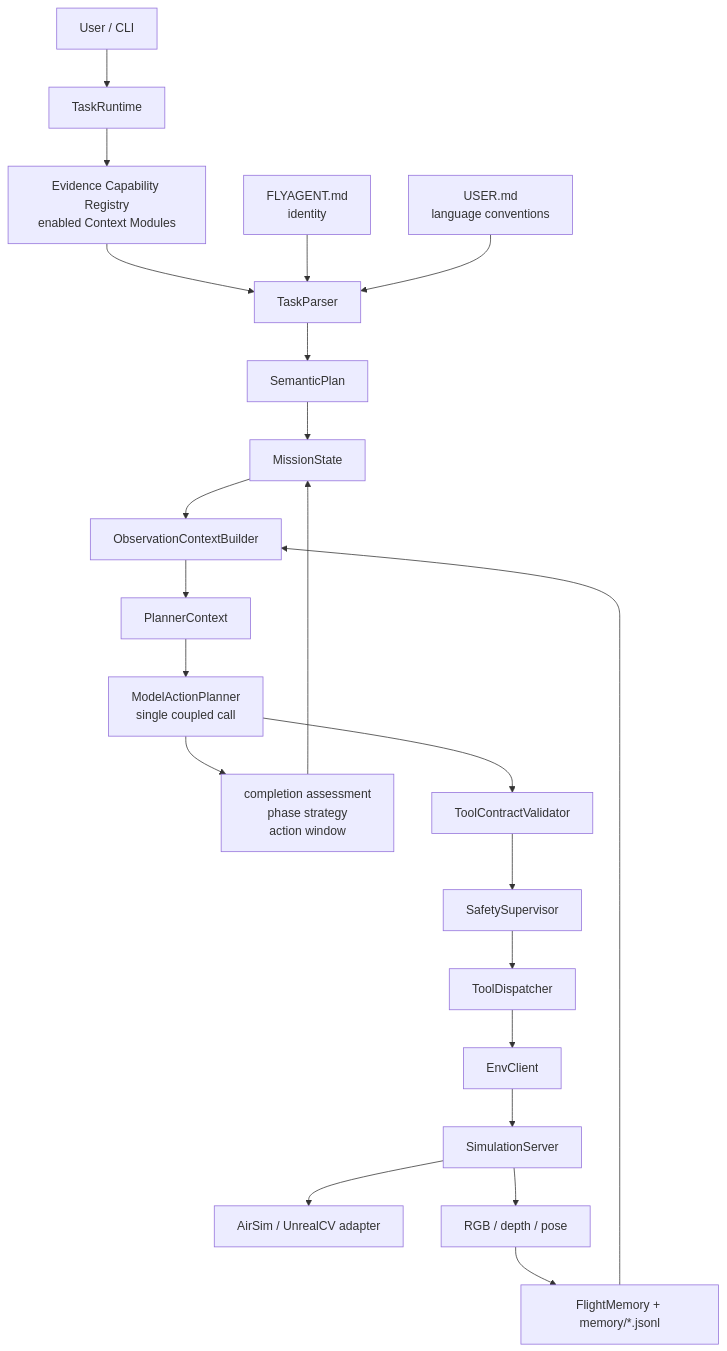
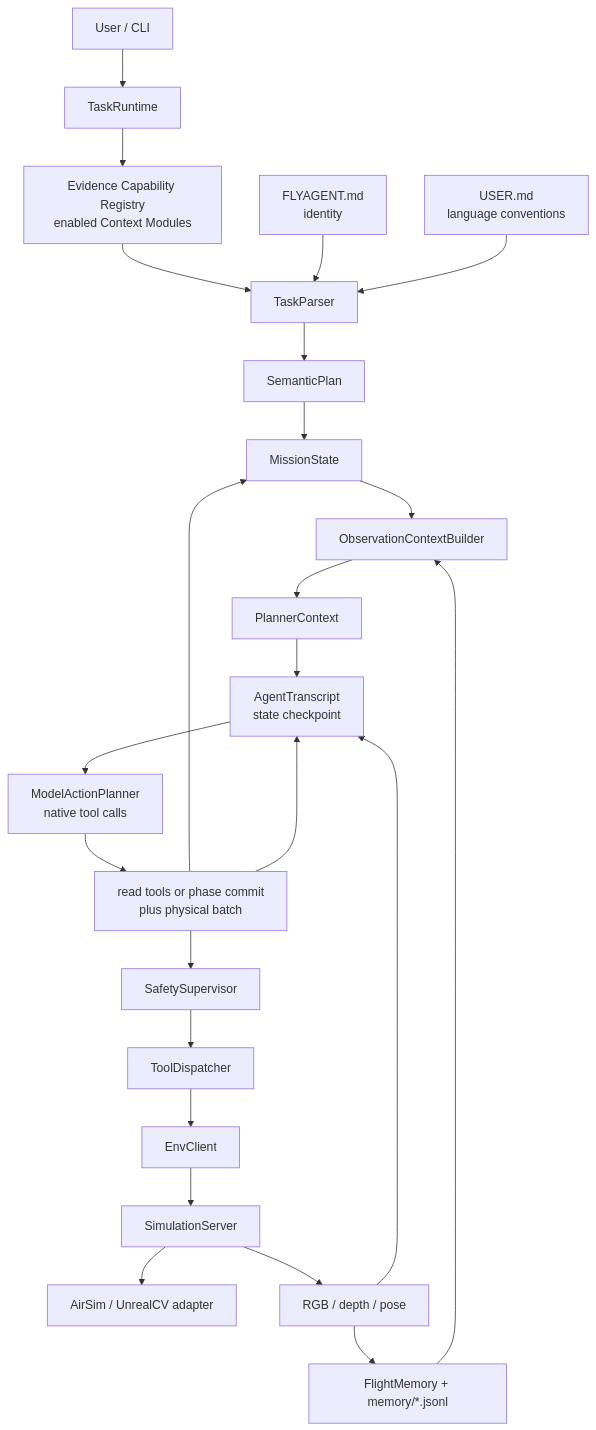
One commit to LZ6years/AeroPilot changed the first of 3 diagrams in docs/architecture.md. Above: the diagram before and after it, drawn with Mermaid. The commit also changed other lines of this file and 59 other files, not shown here.

````diff
--- a/docs/architecture.md
+++ b/docs/architecture.md
@@ -9,24 +9,26 @@
 ```mermaid
 flowchart TD
     U["User / CLI"] --> RT["TaskRuntime"]
     RT --> REG["Evidence Capability Registry<br/>enabled Context Modules"]
     REG --> TP["TaskParser"]
     ID["FLYAGENT.md<br/>identity"] --> TP
     LANG["USER.md<br/>language conventions"] --> TP
     TP --> SP["SemanticPlan"]
     SP --> MS["MissionState"]
     MS --> CB["ObservationContextBuilder"]
     CB --> PC["PlannerContext"]
-    PC --> MAP["ModelActionPlanner<br/>single coupled call"]
-    MAP --> DEC["completion assessment<br/>phase strategy<br/>action window"]
+    PC --> TR["AgentTranscript<br/>state checkpoint"]
+    TR --> MAP["ModelActionPlanner<br/>native tool calls"]
+    MAP --> DEC["read tools or phase commit<br/>plus physical batch"]
     DEC --> MS
-    MAP --> TCV["ToolContractValidator"]
-    TCV --> SS["SafetySupervisor"]
+    DEC --> SS["SafetySupervisor"]
     SS --> TD["ToolDispatcher"]
     TD --> EC["EnvClient"]
     EC --> SIM["SimulationServer"]
     SIM --> SDK["AirSim / UnrealCV adapter"]
     SIM --> OBS["RGB / depth / pose"]
     OBS --> MEM["FlightMemory + memory/*.jsonl"]
     MEM --> CB
+    DEC --> TR
+    OBS --> TR
 ```
````
